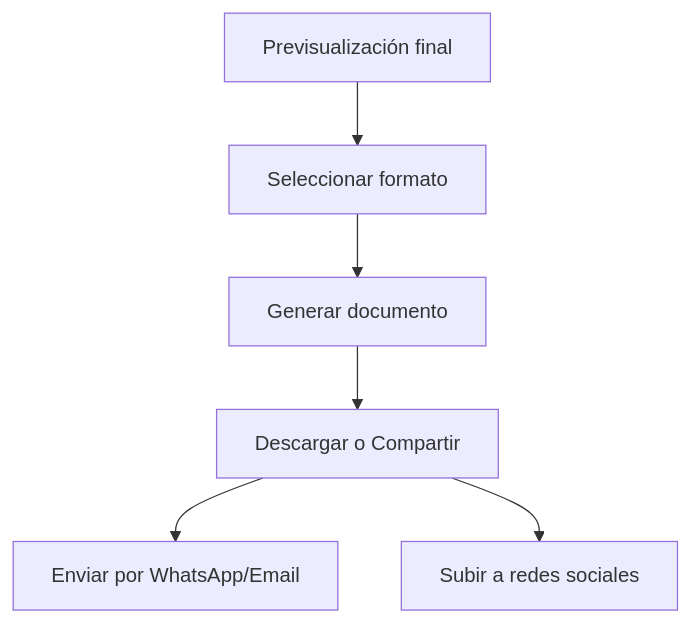
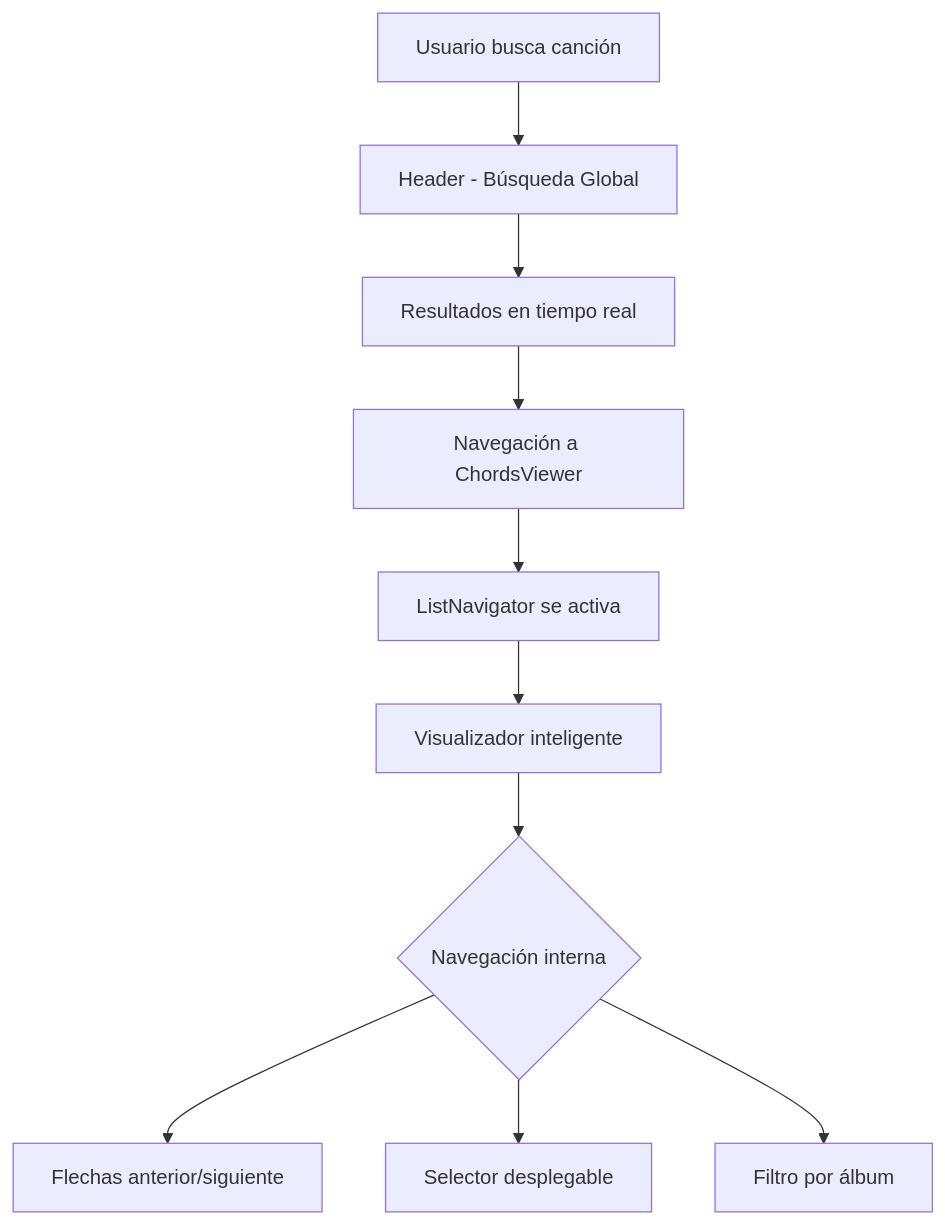
Before and after one commit to alejandrobavaro/formateo-de-chords: the first of 4 diagrams in README.md, drawn with Mermaid. The commit also changed other lines of this file and 41 other files, not shown here.

````diff
--- a/README.md
+++ b/README.md
@@ -152,8 +78,12 @@
 ```mermaid
-graph TD
-    A[Previsualización final] --> B[Seleccionar formato];
-    B --> C[Generar documento];
-    C --> D[Descargar o Compartir];
-    D --> E[Enviar por WhatsApp/Email];
-    D --> F[Subir a redes sociales];
+graph TB
+    A[Usuario busca canción] --> B[Header - Búsqueda Global]
+    B --> C[Resultados en tiempo real]
+    C --> D[Navegación a ChordsViewer]
+    D --> E[ListNavigator se activa]
+    E --> F[Visualizador inteligente]
+    F --> G{Navegación interna}
+    G --> H[Flechas anterior/siguiente]
+    G --> I[Selector desplegable]
+    G --> J[Filtro por álbum]
 ```
````
